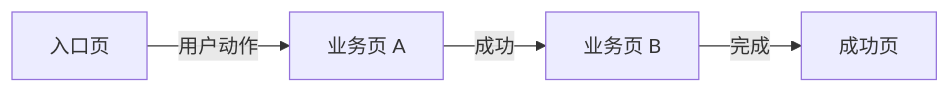
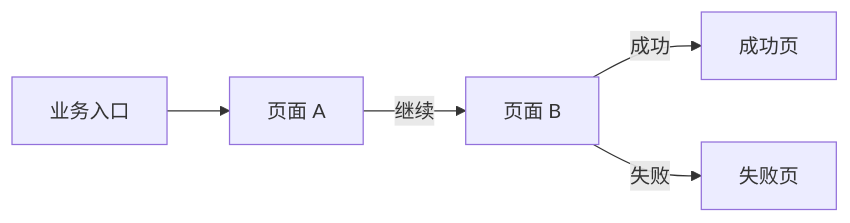
One commit to kelvin381539960-cyber/prd-for-ai changed the fourth of 4 diagrams in prd-template/standard-prd-template.md. Above: the diagram before and after it, drawn with Mermaid. The commit also changed other lines of this file, not shown here.

````diff
--- a/prd-template/standard-prd-template.md
+++ b/prd-template/standard-prd-template.md
@@ -392,11 +337,13 @@
 ```mermaid
 flowchart LR
-  A[入口页]
-  B[业务页 A]
-  C[业务页 B]
-  D[成功页]
+  Entry[业务入口]
+  Start[页面 A]
+  Process[页面 B]
+  Success[成功页]
+  Failed[失败页]
 
-  A -->|用户动作| B
-  B -->|成功| C
-  C -->|完成| D
+  Entry --> Start
+  Start -->|继续| Process
+  Process -->|成功| Success
+  Process -->|失败| Failed
 ```
````
